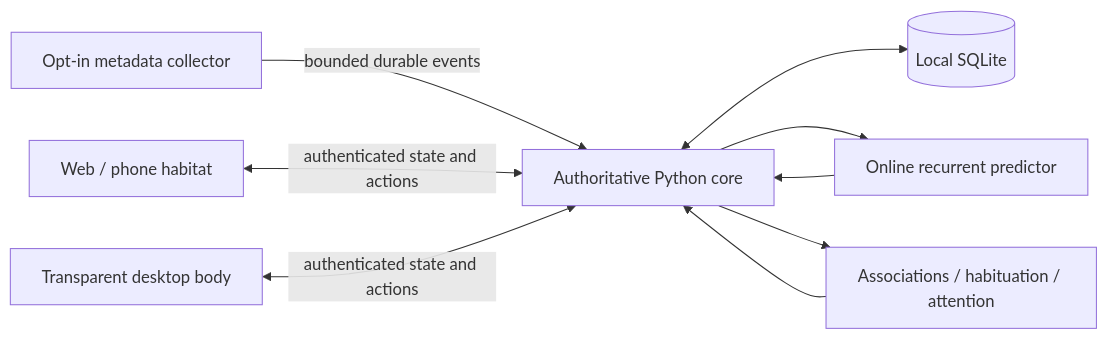
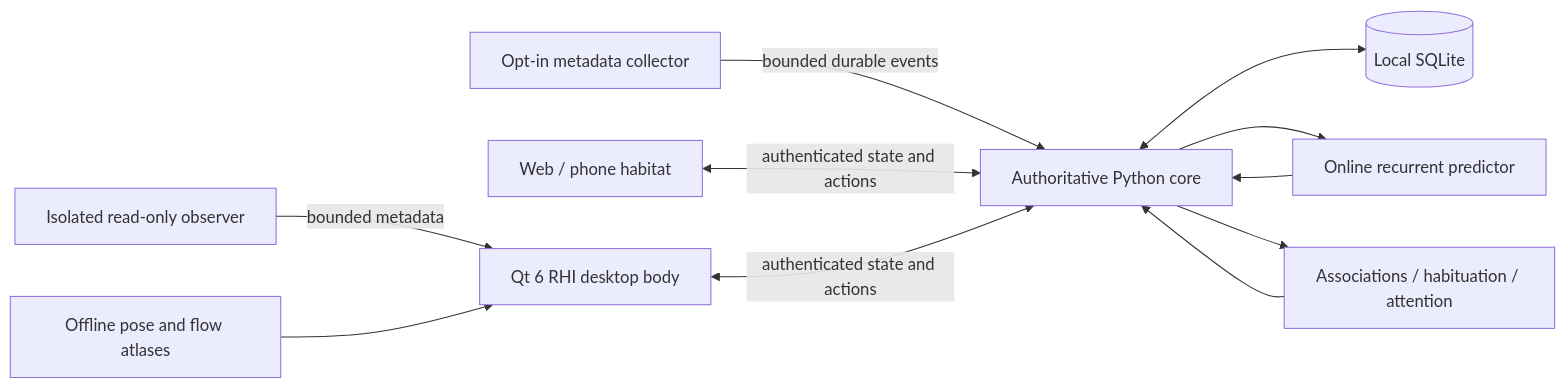
The diagram in docs/ARCHITECTURE.md (Esemianczuk/Terminus), drawn with Mermaid before and after one commit. The commit also changed other lines of this file and 89 other files, not shown here.

Commit message:
Render the desktop creature with portable GPU flow and isolate passive perception

````diff
--- a/docs/ARCHITECTURE.md
+++ b/docs/ARCHITECTURE.md
@@ -3,11 +3,13 @@
 ```mermaid
 flowchart LR
   A[Opt-in metadata collector] -->|bounded durable events| C[Authoritative Python core]
   W[Web / phone habitat] <-->|authenticated state and actions| C
-  D[Transparent desktop body] <-->|authenticated state and actions| C
+  D[Qt 6 RHI desktop body] <-->|authenticated state and actions| C
+  O[Isolated read-only observer] -->|bounded metadata| D
+  T[Offline pose and flow atlases] --> D
   C <--> S[(Local SQLite)]
   C --> R[Online recurrent predictor]
   R --> C
   C --> G[Associations / habituation / attention]
   G --> C
 ```
````
